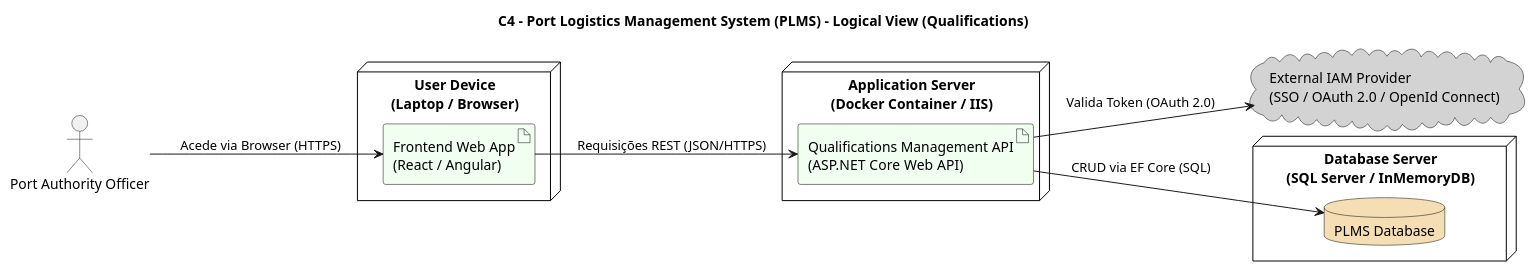
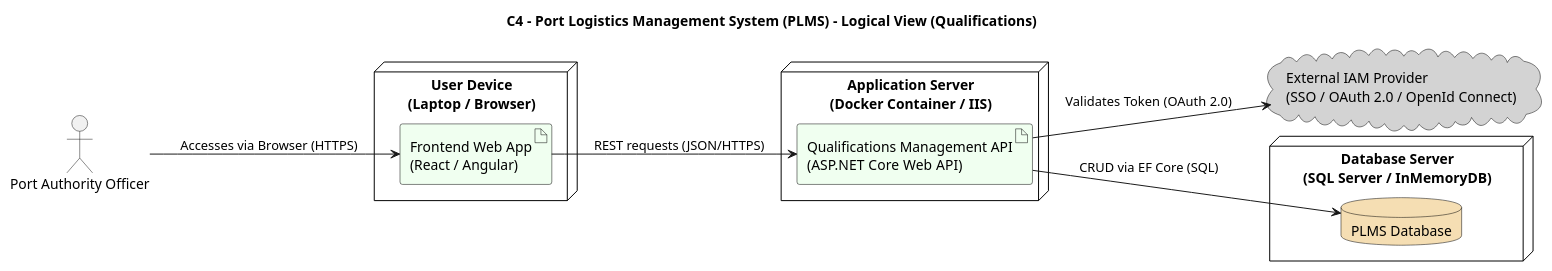
One commit to Departamento-de-Engenharia-Informatica/LEI-SEM5-PI-2025-26-3DM-03 changed the diagram in Docs/Sprint A/US 2.2.13/Modelo c4/C4_Logica.puml. Above: the diagram before and after it, drawn with PlantUML. The commit also changed 10 other files, not shown here.

Commit message:
Translate UML diagrams and documentation for Manage Qualifications use case to English (us 2.2.13) #14

```diff
--- a/Docs/Sprint A/US 2.2.13/Modelo c4/C4_Logica.puml
+++ b/Docs/Sprint A/US 2.2.13/Modelo c4/C4_Logica.puml
@@ -1,53 +1,53 @@
 @startuml C4_Manage_Qualifications_Logical_View
 title C4 – Port Logistics Management System (PLMS) – Logical View (Qualifications)
 left to right direction
 
 skinparam node {
   BackgroundColor White
   BorderColor Black
   FontColor Black
   FontStyle bold
 }
 
 skinparam cloud {
   BackgroundColor LightGray
   BorderColor Black
   FontColor Black
 }
 
 skinparam database {
   BackgroundColor Wheat
   BorderColor Black
   FontColor Black
 }
 
 skinparam artifact {
   BackgroundColor HoneyDew
   BorderColor Black
   FontColor Black
 }
 
 ' === Nós principais ===
 actor "Port Authority Officer" as Officer
 
 node "User Device\n(Laptop / Browser)" as Client {
   artifact "Frontend Web App\n(React / Angular)" as Frontend
 }
 
 node "Application Server\n(Docker Container / IIS)" as AppServer {
   artifact "Qualifications Management API\n(ASP.NET Core Web API)" as API
 }
 
 node "Database Server\n(SQL Server / InMemoryDB)" as DBServer {
   database "PLMS Database" as Database
 }
 
 cloud "External IAM Provider\n(SSO / OAuth 2.0 / OpenId Connect)" as IAM
 
-' === Relações ===
-Officer --> Frontend : Acede via Browser (HTTPS)
-Frontend --> API : Requisições REST (JSON/HTTPS)
-API --> IAM : Valida Token (OAuth 2.0)
+' === Relationships ===
+Officer --> Frontend : Accesses via Browser (HTTPS)
+Frontend --> API : REST requests (JSON/HTTPS)
+API --> IAM : Validates Token (OAuth 2.0)
 API --> Database : CRUD via EF Core (SQL)
 
 @enduml
```
